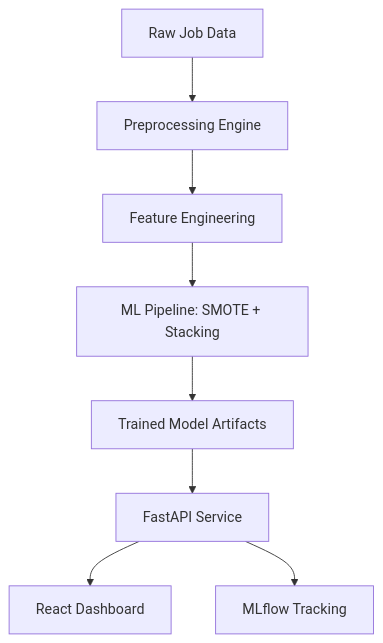
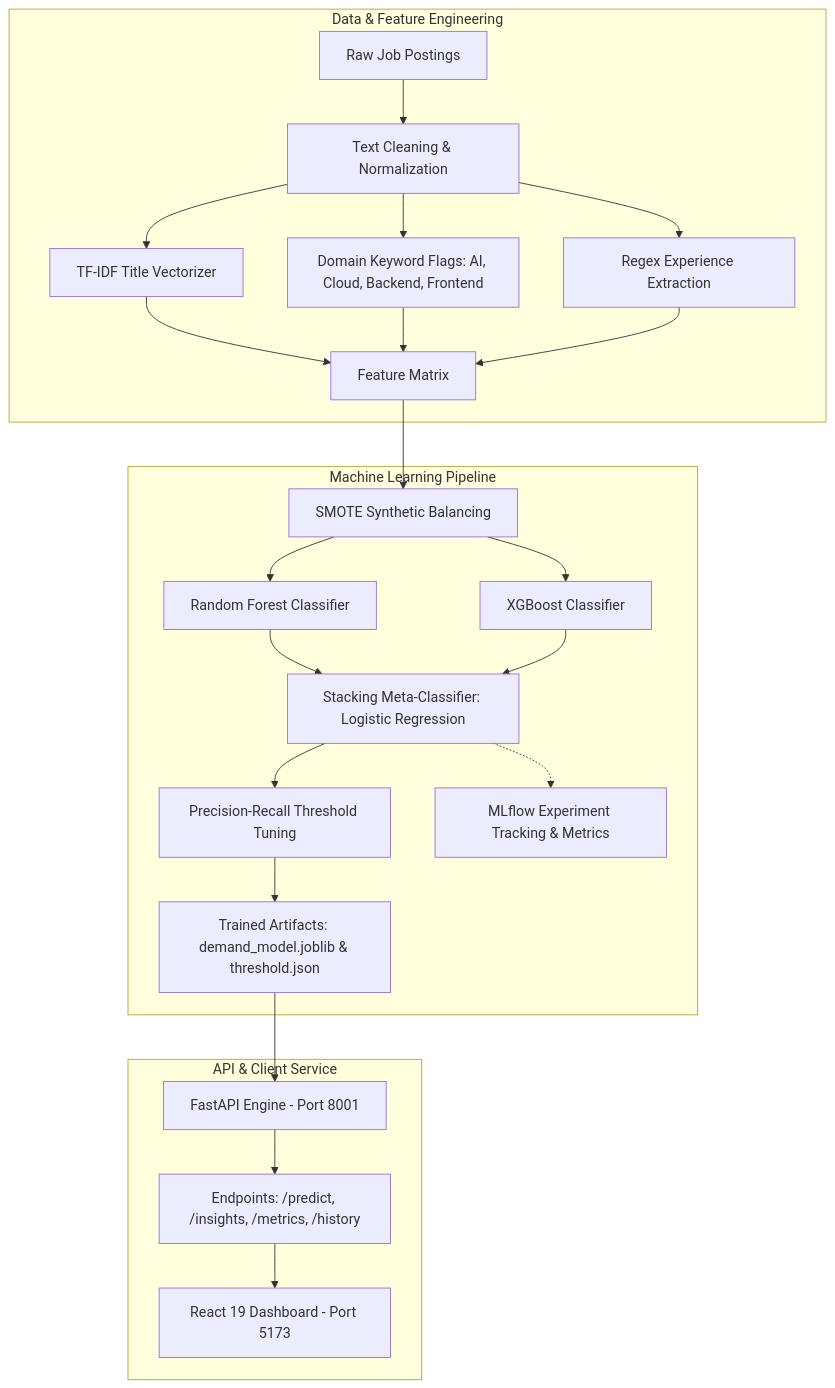
One commit to Bril3d/Job-Market-Skill-Demand-Predictor changed the diagram in README.md. Above: the diagram before and after it, drawn with Mermaid. The commit also changed other lines of this file and 6 other files, not shown here.

````diff
--- a/README.md
+++ b/README.md
@@ -21,10 +44,26 @@
 ```mermaid
 graph TD
-    A[Raw Job Data] --> B[Preprocessing Engine]
-    B --> C[Feature Engineering]
-    C --> D[ML Pipeline: SMOTE + Stacking]
-    D --> E[Trained Model Artifacts]
-    E --> F[FastAPI Service]
-    F --> G[React Dashboard]
-    F --> H[MLflow Tracking]
+    subgraph Data & Feature Engineering
+        A[Raw Job Postings] --> B[Text Cleaning & Normalization]
+        B --> C[TF-IDF Title Vectorizer]
+        B --> D[Domain Keyword Flags: AI, Cloud, Backend, Frontend]
+        B --> E[Regex Experience Extraction]
+        C & D & E --> F[Feature Matrix]
+    end
+
+    subgraph Machine Learning Pipeline
+        F --> G[SMOTE Synthetic Balancing]
+        G --> H[Random Forest Classifier]
+        G --> I[XGBoost Classifier]
+        H & I --> J[Stacking Meta-Classifier: Logistic Regression]
+        J --> K[Precision-Recall Threshold Tuning]
+        K --> L[Trained Artifacts: demand_model.joblib & threshold.json]
+        J -.-> M[MLflow Experiment Tracking & Metrics]
+    end
+
+    subgraph API & Client Service
+        L --> N[FastAPI Engine - Port 8001]
+        N --> O[Endpoints: /predict, /insights, /metrics, /history]
+        O --> P[React 19 Dashboard - Port 5173]
+    end
 ```
````
